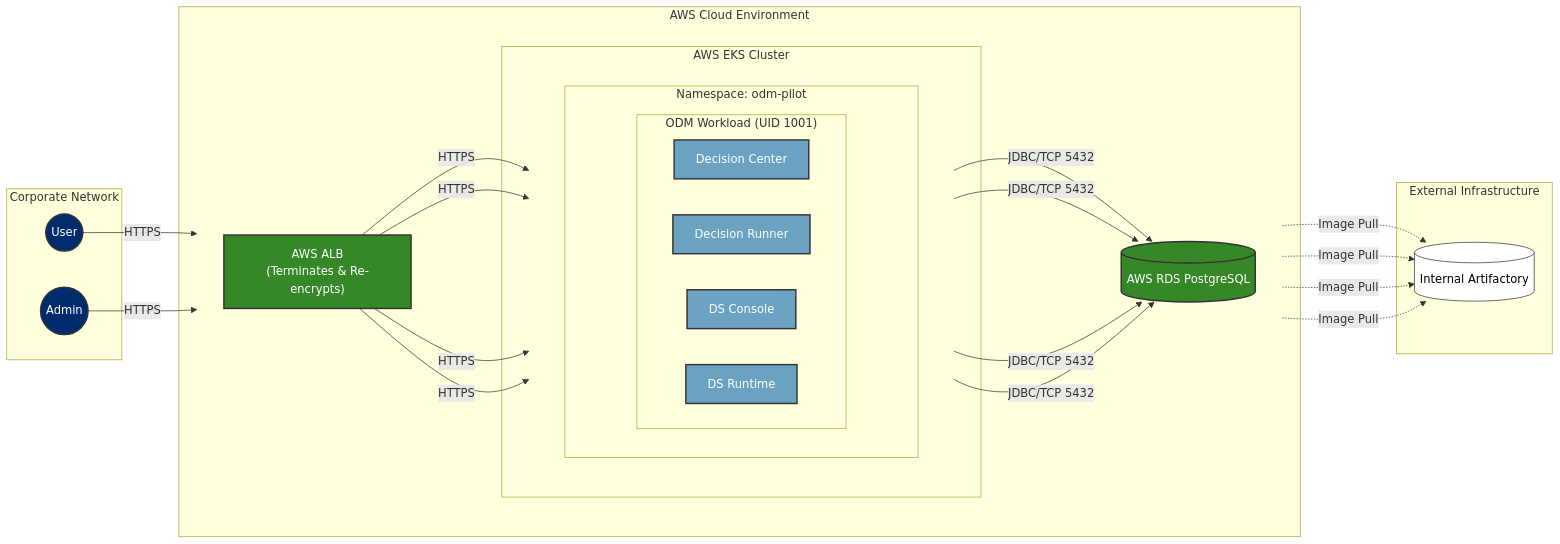
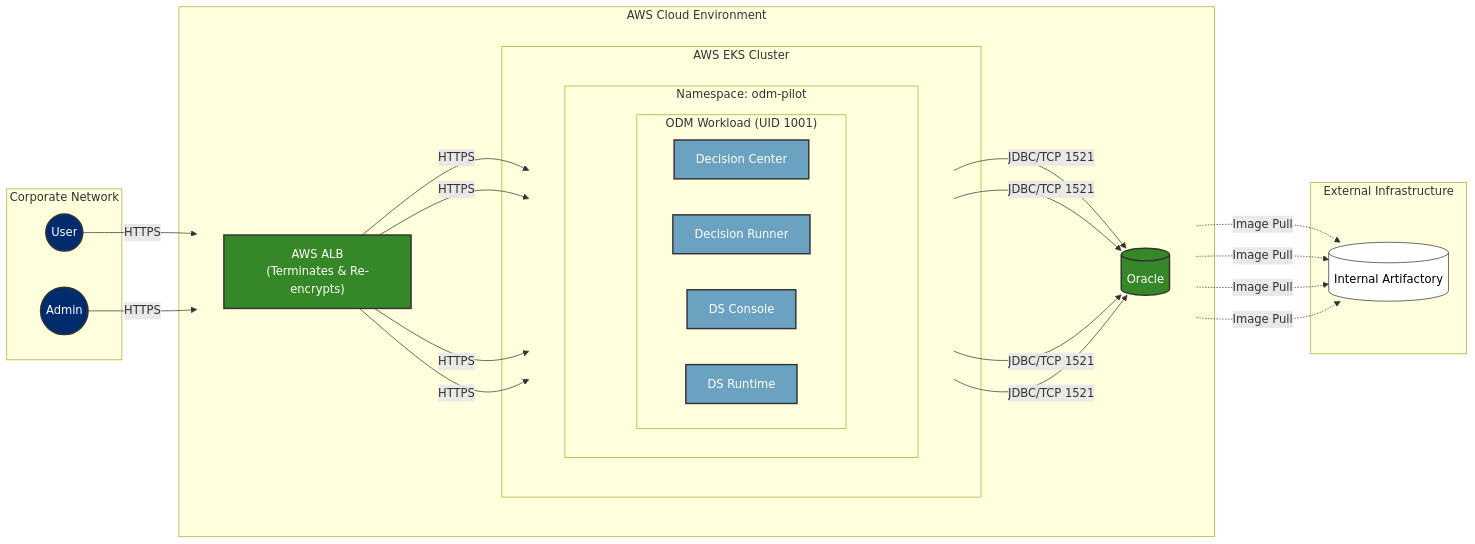
The diagram in src/solution_overview/environment.qmd (ibm-fsm/solution-eks-odm), drawn with Mermaid before and after one commit. The commit also changed other lines of this file and 6 other files, not shown here.

```diff
--- a/src/solution_overview/environment.qmd
+++ b/src/solution_overview/environment.qmd
@@ -62,7 +62,7 @@
                 end
             end
 
-            Database[("AWS RDS PostgreSQL")]
+            Database[("Oracle")]
         end
     end
 
@@ -85,10 +85,10 @@
     ALB -->|"HTTPS"| DSR
 
     %% Database Connectivity
-    DC -->|"JDBC/TCP 5432"| Database
-    DR -->|"JDBC/TCP 5432"| Database
-    DSC -->|"JDBC/TCP 5432"| Database
-    DSR -->|"JDBC/TCP 5432"| Database
+    DC -->|"JDBC/TCP 1521"| Database
+    DR -->|"JDBC/TCP 1521"| Database
+    DSC -->|"JDBC/TCP 1521"| Database
+    DSR -->|"JDBC/TCP 1521"| Database
 
     %% Image Pulls
     DC -.->|"Image Pull"| Registry
```
